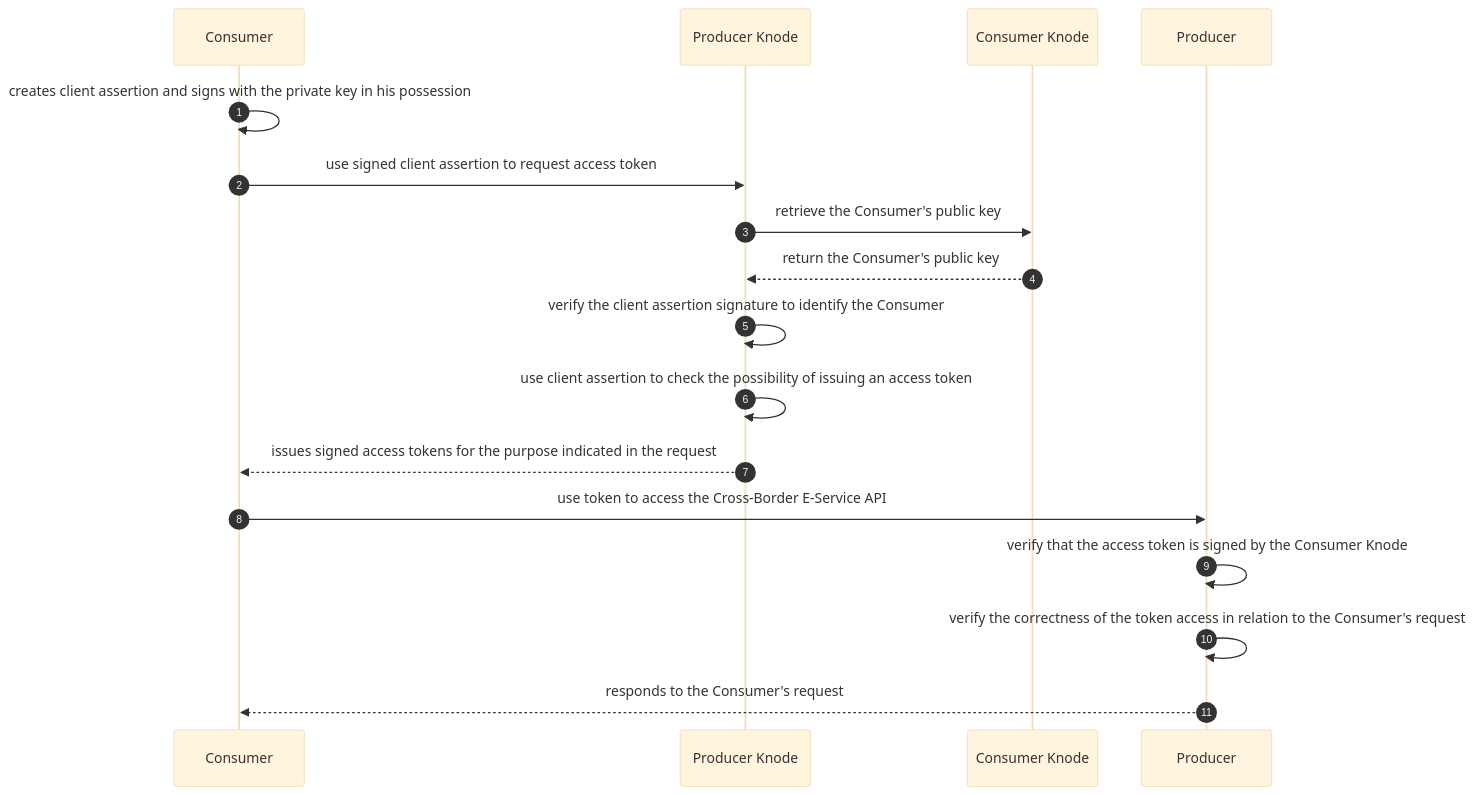
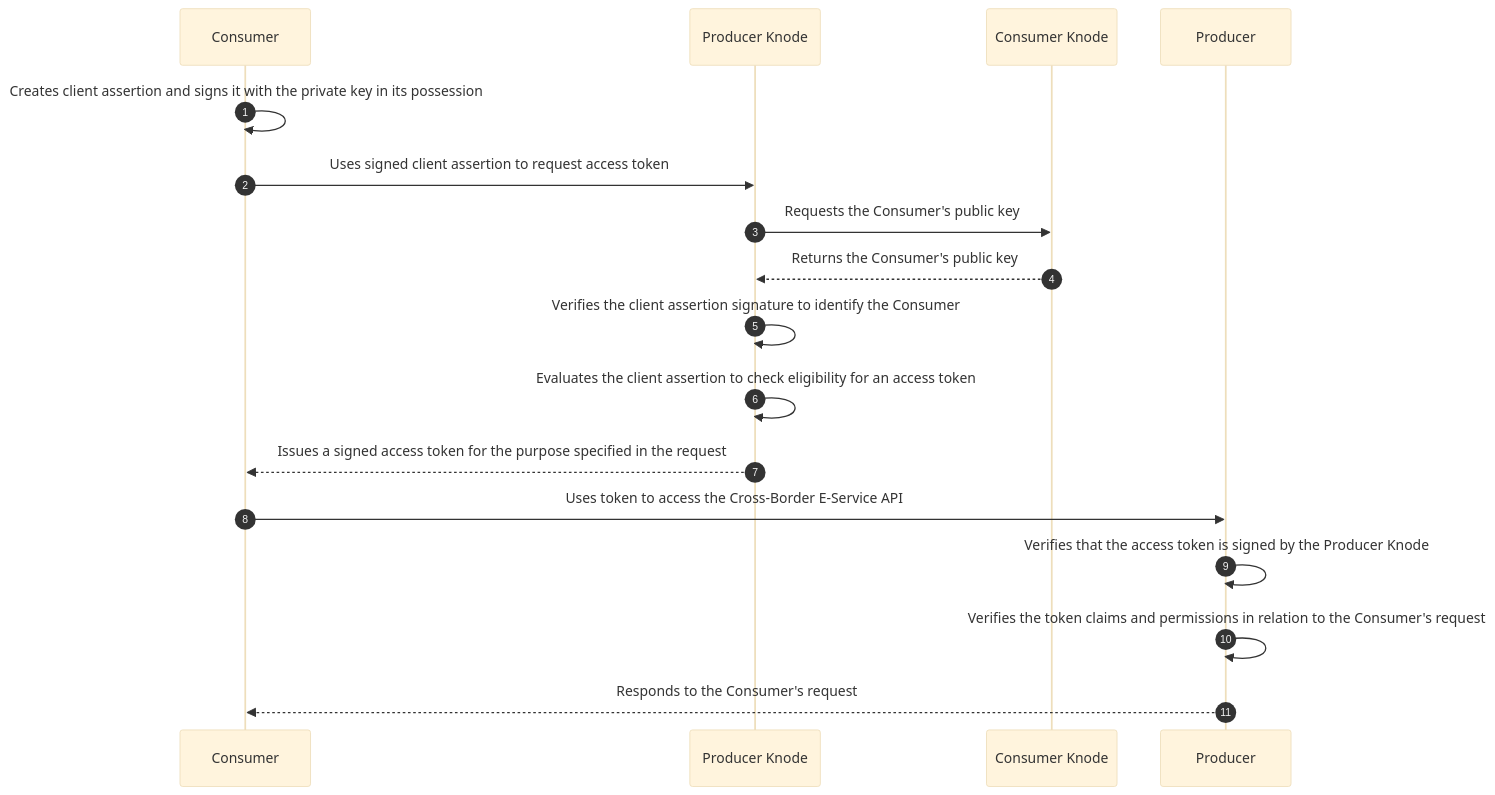
One commit to pagopa/knodia-docs-input changed the diagram in prototype-user-guide/what-you-can-do/pages/05_00_access-token-issuing.md. Above: the diagram before and after it, drawn with Mermaid (base theme). The commit also changed other lines of this file and 32 other files, not shown here.

````diff
--- a/prototype-user-guide/what-you-can-do/pages/05_00_access-token-issuing.md
+++ b/prototype-user-guide/what-you-can-do/pages/05_00_access-token-issuing.md
@@ -4,21 +5,21 @@
 ```mermaid
 sequenceDiagram
     autonumber
 
     participant C as Consumer
     participant KP as Producer Knode
     participant CP as Consumer Knode
     participant P as Producer
 
-    C->>C: creates client assertion and signs with the private key in his possession 
-    C->>KP: use signed client assertion to request access token
-    KP->>CP: retrieve the Consumer's public key
-    CP-->>KP: return the Consumer's public key
-    KP->>KP: verify the client assertion signature to identify the Consumer
-    KP->>KP: use client assertion to check the possibility of issuing an access token 
-    KP-->>C: issues signed access tokens for the purpose indicated in the request
-    C->>P: use token to access the Cross-Border E-Service API 
-    P->>P: verify that the access token is signed by the Consumer Knode
-    P->>P: verify the correctness of the token access in relation to the Consumer's request
-    P-->>C: responds to the Consumer's request 
+    C->>C: Creates client assertion and signs it with the private key in its possession 
+    C->>KP: Uses signed client assertion to request access token
+    KP->>CP: Requests the Consumer's public key
+    CP-->>KP: Returns the Consumer's public key
+    KP->>KP: Verifies the client assertion signature to identify the Consumer
+    KP->>KP: Evaluates the client assertion to check eligibility for an access token 
+    KP-->>C: Issues a signed access token for the purpose specified in the request
+    C->>P: Uses token to access the Cross-Border E-Service API 
+    P->>P: Verifies that the access token is signed by the Producer Knode
+    P->>P: Verifies the token claims and permissions in relation to the Consumer's request
+    P-->>C: Responds to the Consumer's request 
 ```
````
